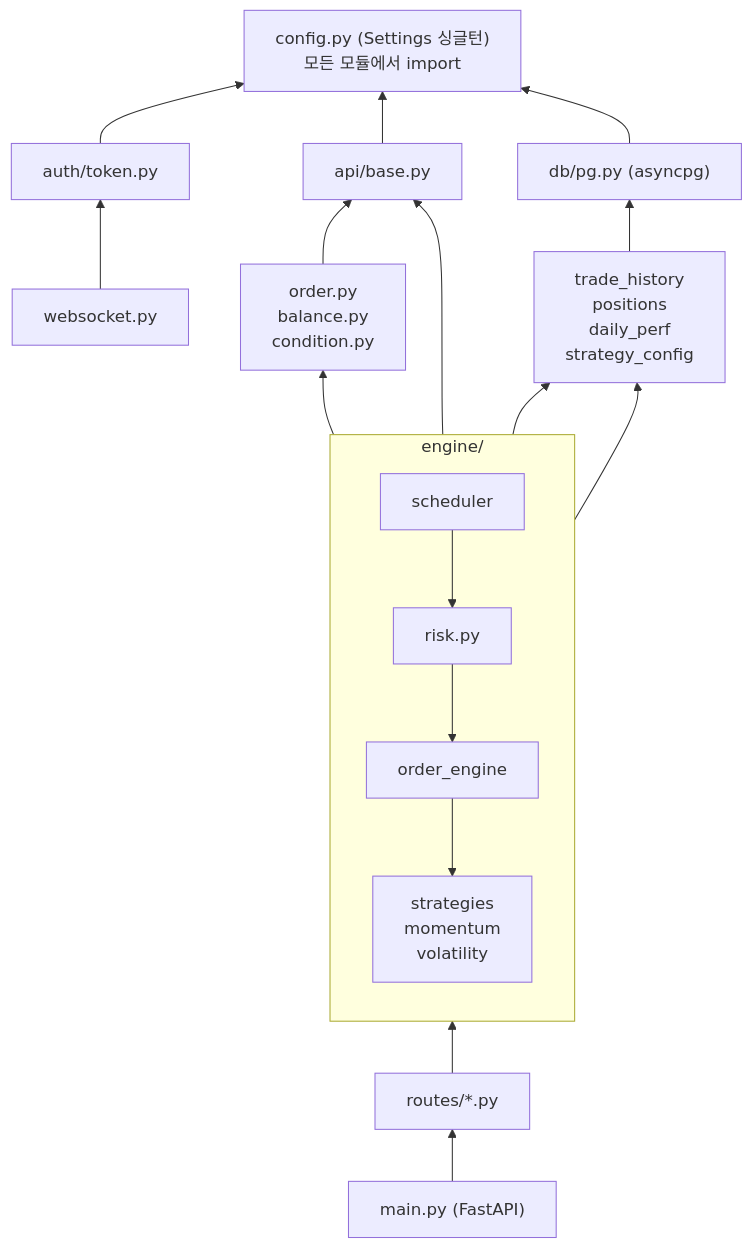
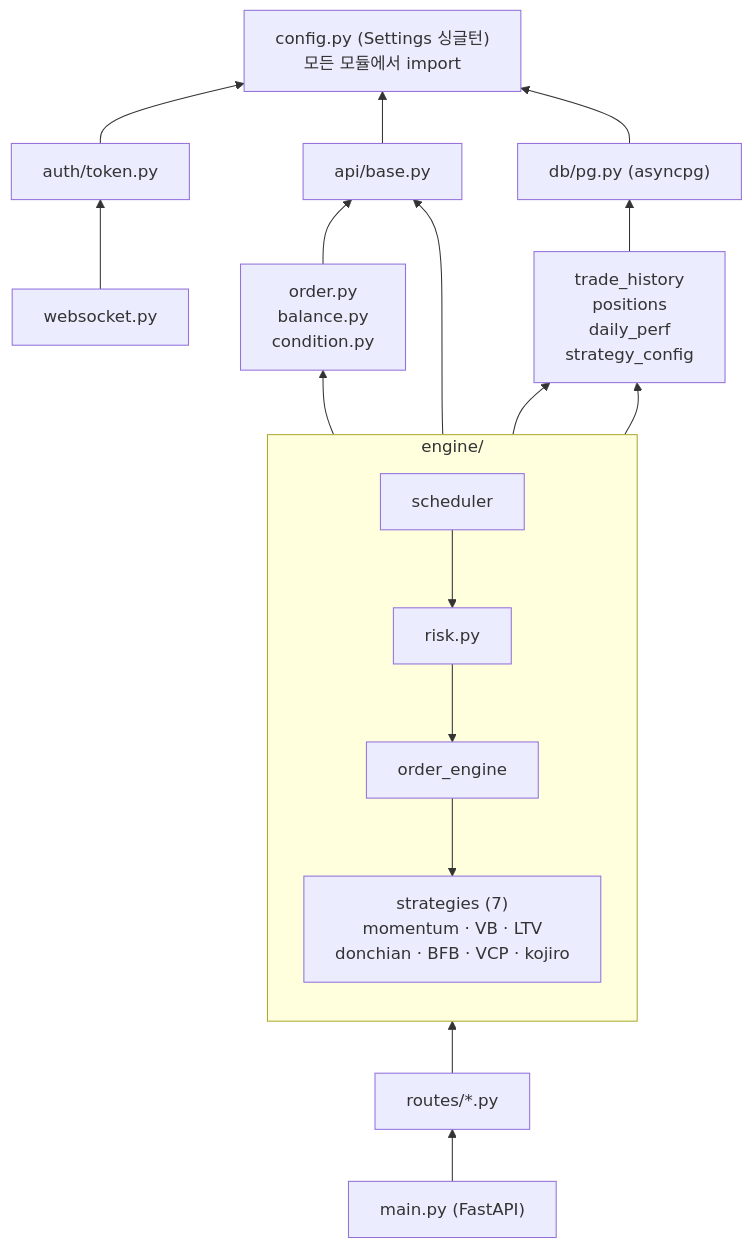
The fourth of 25 diagrams in docs/architecture.md (canduk910/auto_stock), drawn with Mermaid before and after one commit. The commit also changed other lines of this file and 4 other files, not shown here.

First line of the commit message:
docs: architecture.md 를 7전략 전체로 확대(§4 엔진 그림·멤버 표, §8 매수 신호 흐름 8.3~8.7) + Mermaid 때 찾은 불일치 정리(컨테이너 3개·배포 모드·README kojiro·깨진 앵커) + param_drift.py 모듈 맵 + cycle363 행 정정 부기

````diff
--- a/docs/architecture.md
+++ b/docs/architecture.md
@@ -161,32 +175,32 @@
 ```mermaid
 %%{init: {"flowchart": {"wrappingWidth": 360}}}%%
 flowchart BT
     CFG["config.py (Settings 싱글턴)<br/>모든 모듈에서 import"]
     TOK["auth/token.py"]
     BASE["api/base.py"]
     PG["db/pg.py (asyncpg)"]
     WSK["websocket.py"]
     APIS["order.py<br/>balance.py<br/>condition.py"]
     DBM["trade_history<br/>positions<br/>daily_perf<br/>strategy_config"]
     subgraph ENG["engine/"]
         direction TB
         SCH["scheduler"] --> RISK["risk.py"]
         RISK --> OE["order_engine"]
-        OE --> STR["strategies<br/>momentum<br/>volatility"]
+        OE --> STR["strategies (7)<br/>momentum · VB · LTV<br/>donchian · BFB · VCP · kojiro"]
     end
     ROUTES["routes/*.py"]
     MAIN["main.py (FastAPI)"]
 
     TOK --> CFG
     BASE --> CFG
     PG --> CFG
     WSK --> TOK
     APIS --> BASE
     DBM --> PG
     ENG --> APIS
     ENG --> BASE
     SCH --> DBM
     OE --> DBM
     ROUTES --> ENG
     MAIN --> ROUTES
 ```
````
